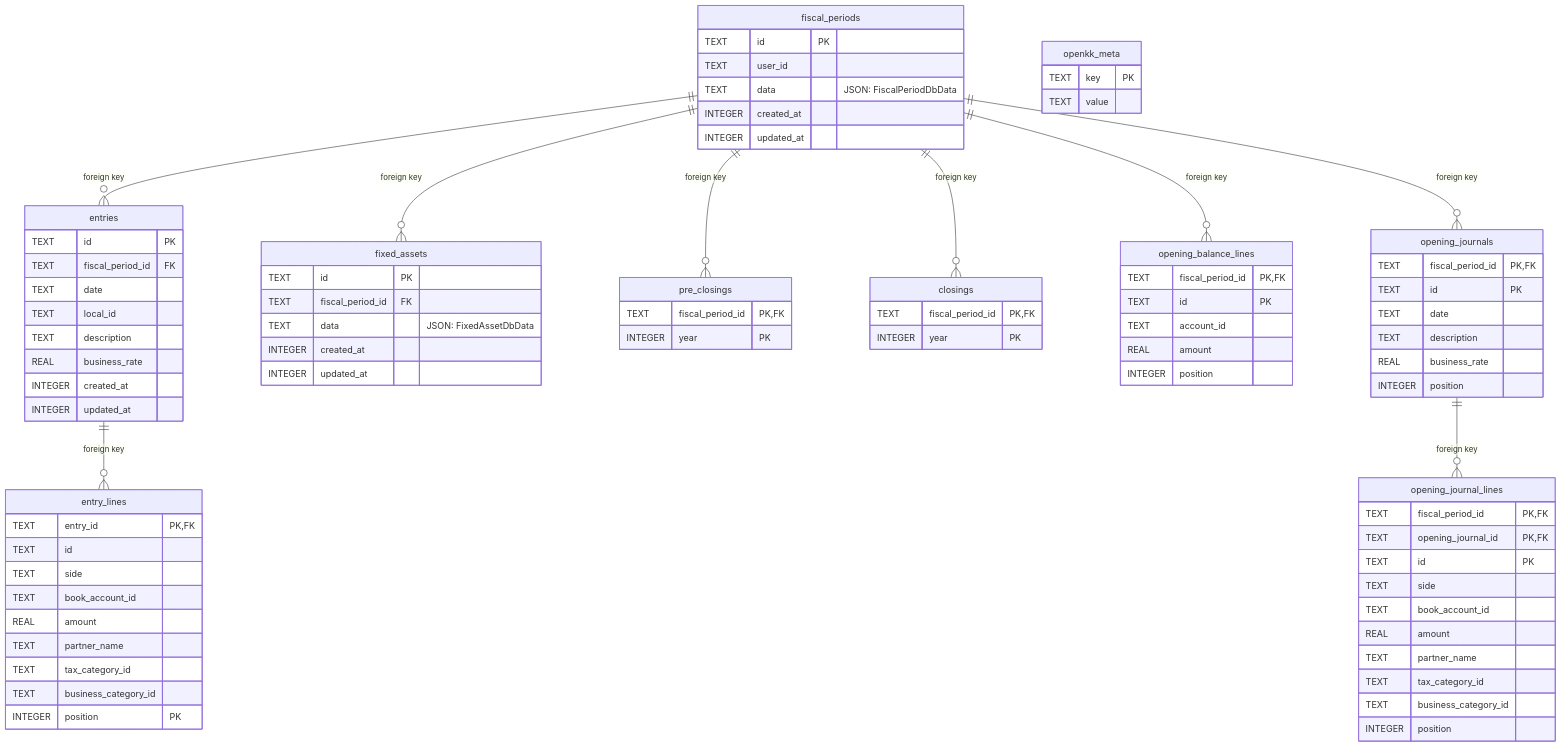
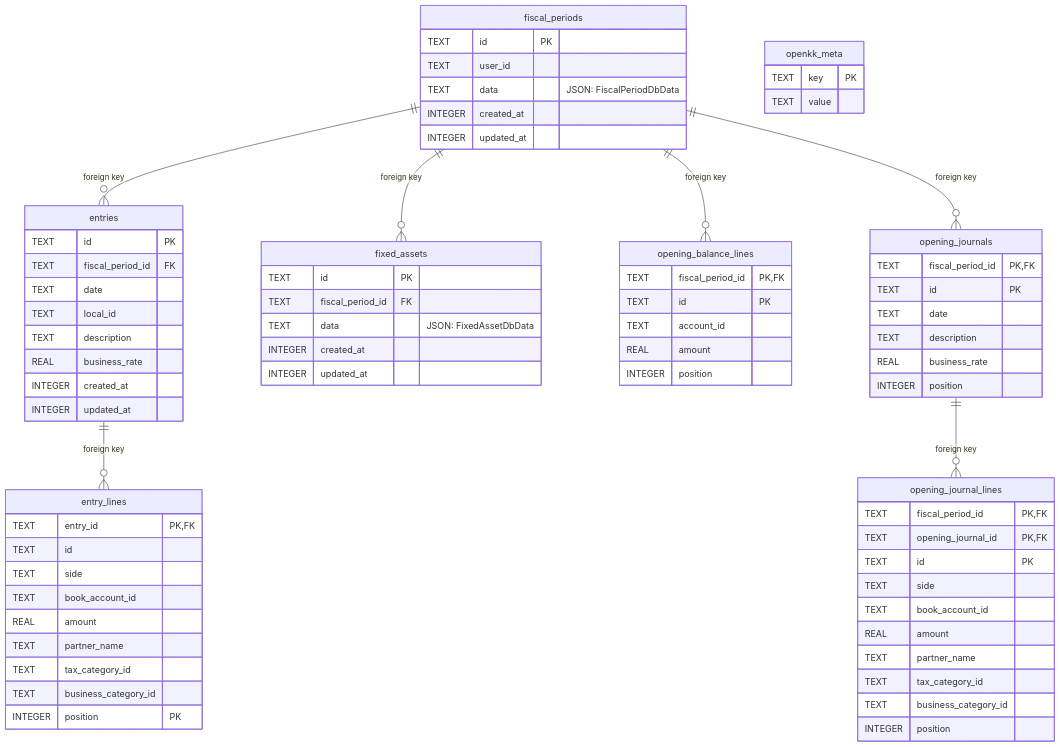
Before and after one commit to rubydogjp/openkk: the diagram in docs/database-schema.md, drawn with Mermaid. The commit also changed other lines of this file and 41 other files, not shown here.

````diff
--- a/docs/database-schema.md
+++ b/docs/database-schema.md
@@ -7,8 +7,6 @@
   fiscal_periods ||--o{ entries : "foreign key"
   entries ||--o{ entry_lines : "foreign key"
   fiscal_periods ||--o{ fixed_assets : "foreign key"
-  fiscal_periods ||--o{ pre_closings : "foreign key"
-  fiscal_periods ||--o{ closings : "foreign key"
   fiscal_periods ||--o{ opening_balance_lines : "foreign key"
   fiscal_periods ||--o{ opening_journals : "foreign key"
   opening_journals ||--o{ opening_journal_lines : "foreign key"
@@ -79,12 +77,4 @@
     INTEGER created_at
     INTEGER updated_at
   }
-  pre_closings {
-    TEXT fiscal_period_id PK,FK
-    INTEGER year PK
-  }
-  closings {
-    TEXT fiscal_period_id PK,FK
-    INTEGER year PK
-  }
 ```
````
